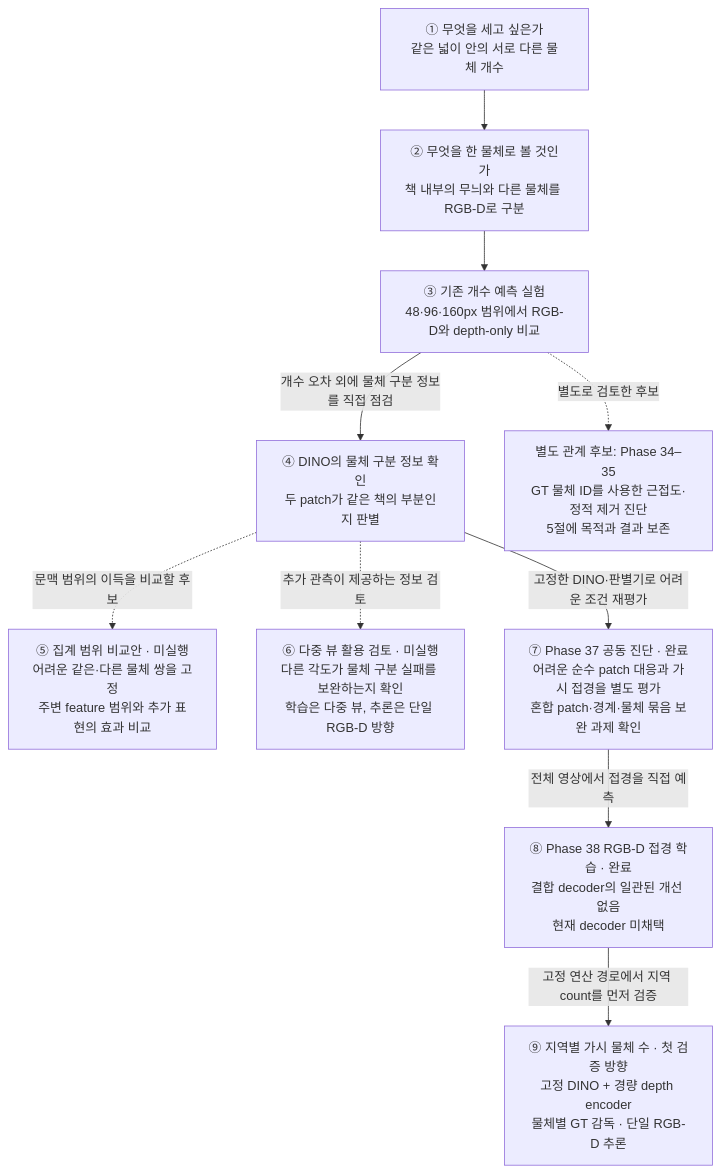
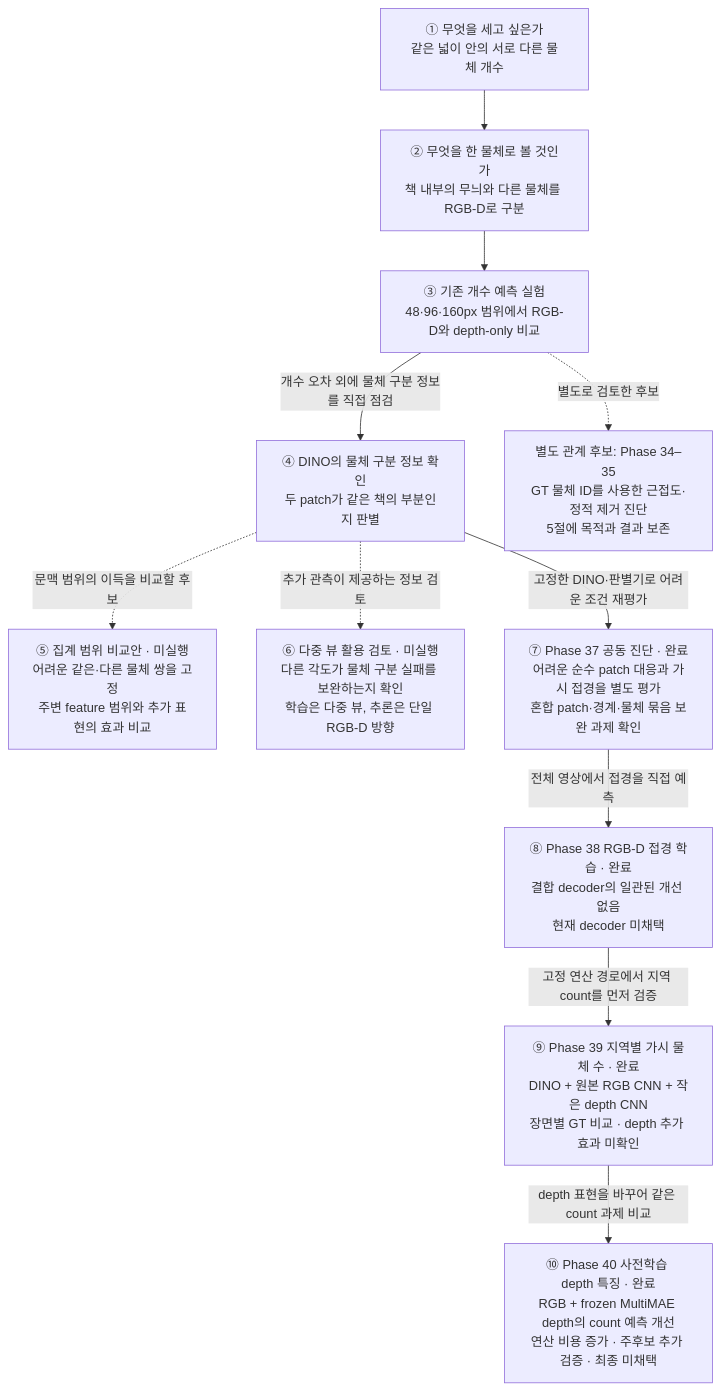
The first of 4 diagrams in complexity_stream.md (JeonHaneul/2D-PDM_DINOv3), drawn with Mermaid before and after one commit. The commit also changed other lines of this file and 5 other files, not shown here.

Commit message:
docs: compare pretrained depth on fresh RGB-D scenes

````diff
--- a/complexity_stream.md
+++ b/complexity_stream.md
@@ -23,21 +23,23 @@
 ```mermaid
 flowchart TD
     N1["① 무엇을 세고 싶은가<br/>같은 넓이 안의 서로 다른 물체 개수"]
     N2["② 무엇을 한 물체로 볼 것인가<br/>책 내부의 무늬와 다른 물체를 RGB-D로 구분"]
     N3["③ 기존 개수 예측 실험<br/>48·96·160px 범위에서 RGB-D와 depth-only 비교"]
     N4["④ DINO의 물체 구분 정보 확인<br/>두 patch가 같은 책의 부분인지 판별"]
     N5["⑤ 집계 범위 비교안 · 미실행<br/>어려운 같은·다른 물체 쌍을 고정<br/>주변 feature 범위와 추가 표현의 효과 비교"]
     N6["⑥ 다중 뷰 활용 검토 · 미실행<br/>다른 각도가 물체 구분 실패를 보완하는지 확인<br/>학습은 다중 뷰, 추론은 단일 RGB-D 방향"]
     N7["⑦ Phase 37 공동 진단 · 완료<br/>어려운 순수 patch 대응과 가시 접경을 별도 평가<br/>혼합 patch·경계·물체 묶음 보완 과제 확인"]
     N8["⑧ Phase 38 RGB-D 접경 학습 · 완료<br/>결합 decoder의 일관된 개선 없음<br/>현재 decoder 미채택"]
-    N9["⑨ 지역별 가시 물체 수 · 첫 검증 방향<br/>고정 DINO + 경량 depth encoder<br/>물체별 GT 감독 · 단일 RGB-D 추론"]
+    N9["⑨ Phase 39 지역별 가시 물체 수 · 완료<br/>DINO + 원본 RGB CNN + 작은 depth CNN<br/>장면별 GT 비교 · depth 추가 효과 미확인"]
+    N10["⑩ Phase 40 사전학습 depth 특징 · 완료<br/>RGB + frozen MultiMAE depth의 count 예측 개선<br/>연산 비용 증가 · 주후보 추가 검증 · 최종 미채택"]
     H["별도 관계 후보: Phase 34–35<br/>GT 물체 ID를 사용한 근접도·정적 제거 진단<br/>5절에 목적과 결과 보존"]
     N1 --> N2 --> N3
     N3 -->|"개수 오차 외에 물체 구분 정보를 직접 점검"| N4
     N4 -->|"고정한 DINO·판별기로 어려운 조건 재평가"| N7
     N7 -->|"전체 영상에서 접경을 직접 예측"| N8
     N8 -->|"고정 연산 경로에서 지역 count를 먼저 검증"| N9
+    N9 -->|"depth 표현을 바꾸어 같은 count 과제 비교"| N10
     N4 -. "문맥 범위의 이득을 비교할 후보" .-> N5
     N4 -. "추가 관측이 제공하는 정보 검토" .-> N6
     N3 -. "별도로 검토한 후보" .-> H
 ```
````
